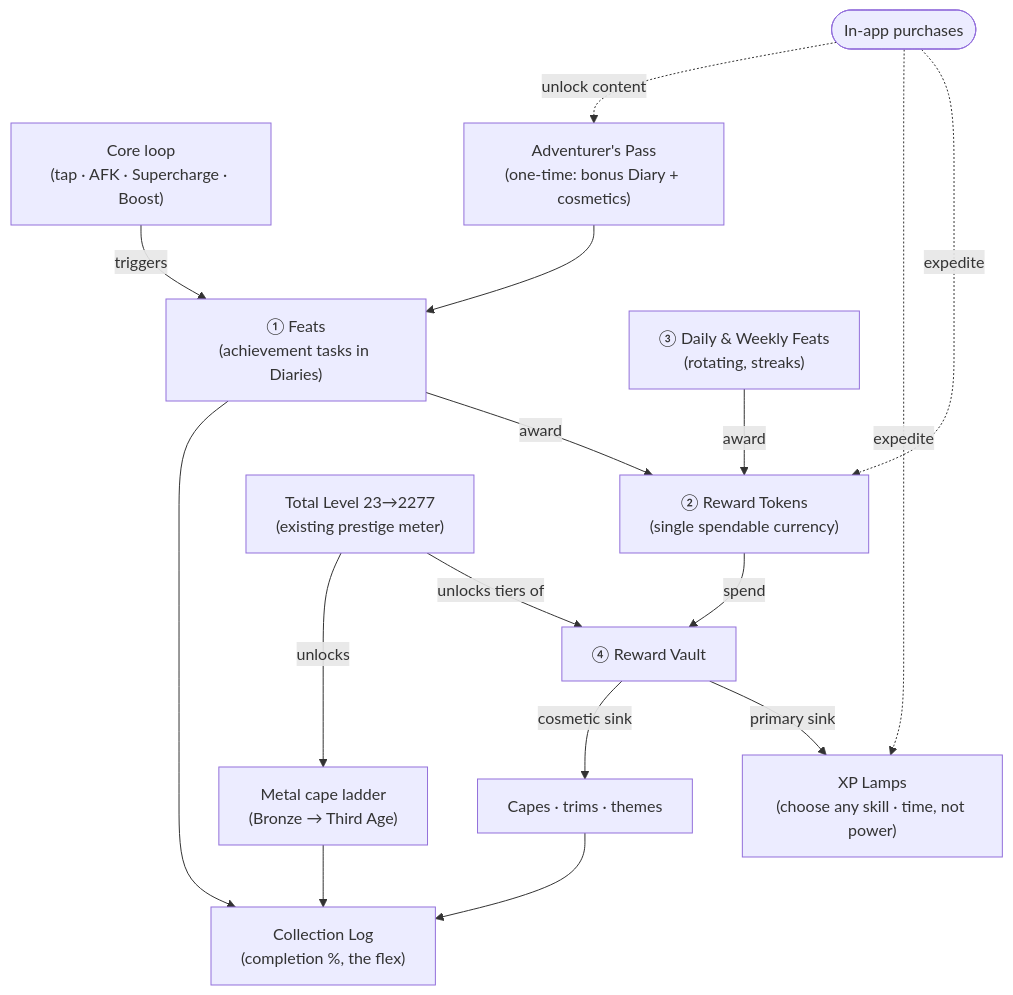
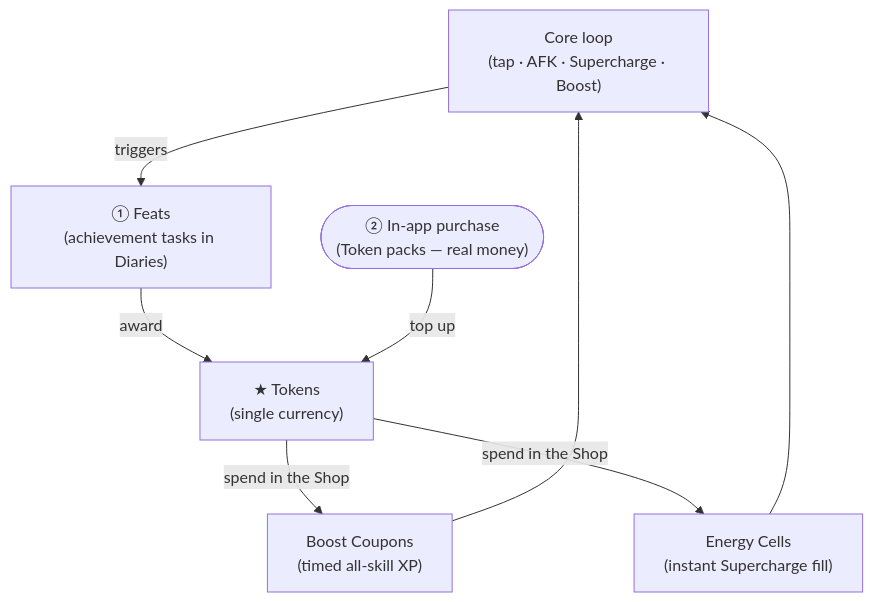
Before and after one commit to CallMeGreg/xp-waste: the diagram in docs/ACHIEVEMENTS.md, drawn with Mermaid. The commit also changed other lines of this file and 7 other files, not shown here.

````diff
--- a/docs/ACHIEVEMENTS.md
+++ b/docs/ACHIEVEMENTS.md
@@ -44,18 +50,10 @@
 ```mermaid
 flowchart TD
     Play["Core loop\n(tap · AFK · Supercharge · Boost)"] -->|triggers| Feats
     Feats["① Feats\n(achievement tasks in Diaries)"] -->|award| Tokens
-    Daily["③ Daily & Weekly Feats\n(rotating, streaks)"] -->|award| Tokens["② Reward Tokens\n(single spendable currency)"]
-    TotalLevel["Total Level 23→2277\n(existing prestige meter)"] -->|unlocks tiers of| Vault
-    Tokens -->|spend| Vault["④ Reward Vault"]
-    Vault -->|primary sink| Lamps["XP Lamps\n(choose any skill · time, not power)"]
-    Vault -->|cosmetic sink| Cosmetics["Capes · trims · themes"]
-    TotalLevel -->|unlocks| CapeLadder["Metal cape ladder\n(Bronze → Third Age)"]
-    Feats --> Log["Collection Log\n(completion %, the flex)"]
-    Cosmetics --> Log
-    CapeLadder --> Log
-    IAP(["In-app purchases"]) -.expedite.-> Tokens
-    IAP -.expedite.-> Lamps
-    IAP -.unlock content.-> Pass["Adventurer's Pass\n(one-time: bonus Diary + cosmetics)"]
-    Pass --> Feats
+    IAP(["② In-app purchase\n(Token packs — real money)"]) -->|top up| Tokens["★ Tokens\n(single currency)"]
+    Tokens -->|spend in the Shop| Boosts["Boost Coupons\n(timed all-skill XP)"]
+    Tokens -->|spend in the Shop| Cells["Energy Cells\n(instant Supercharge fill)"]
+    Boosts --> Play
+    Cells --> Play
 ```
````
